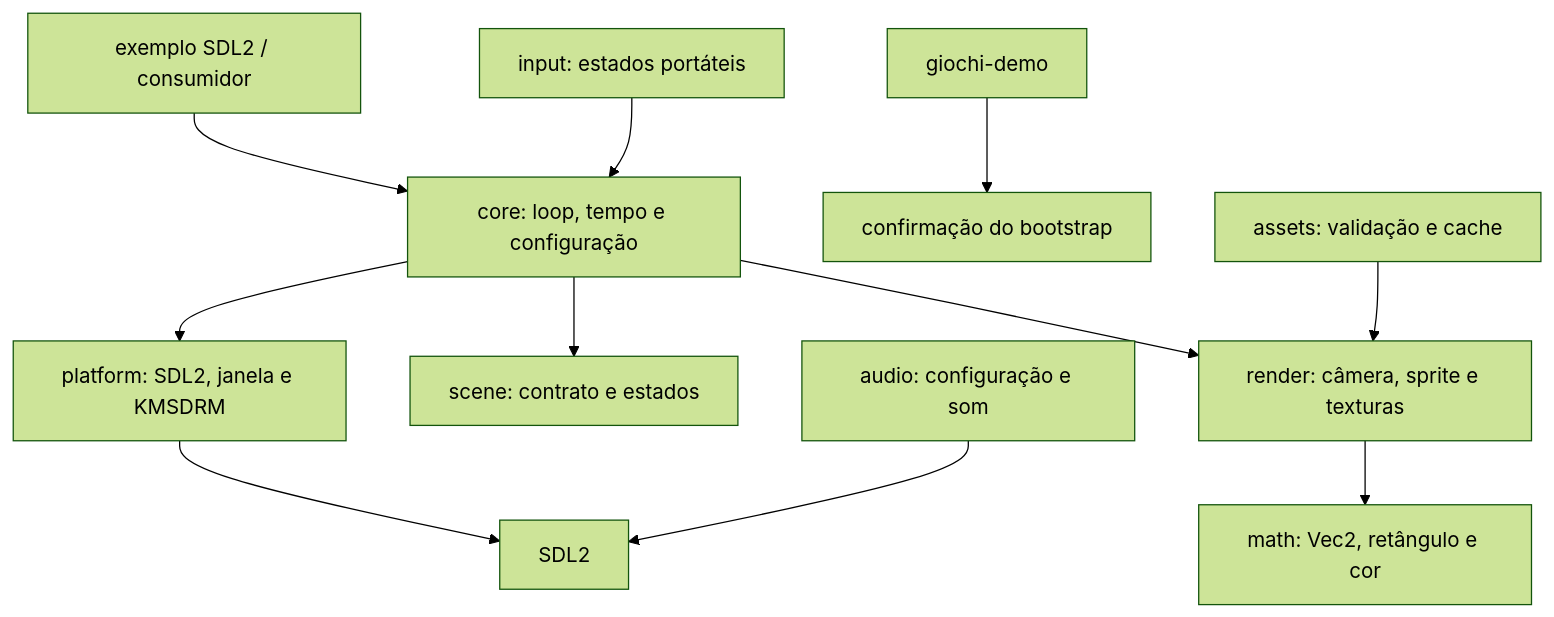
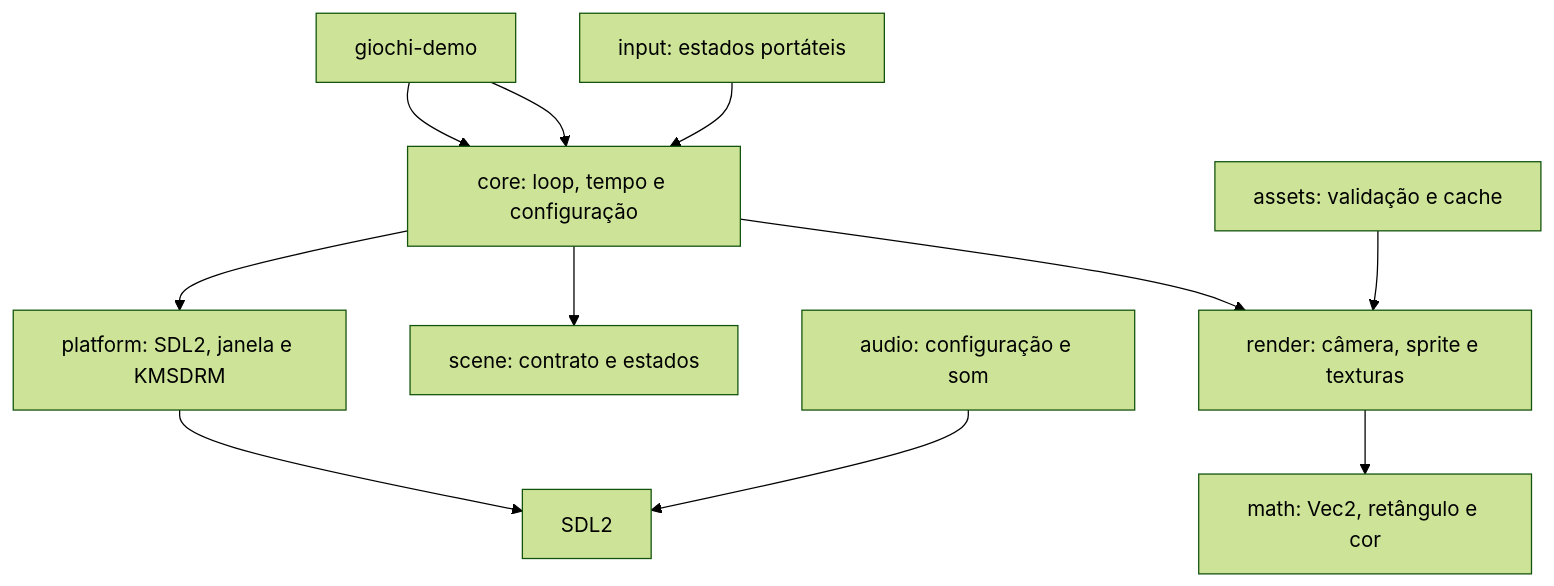
The diagram in docs/ARCHITECTURE.md (xtrempkch-droid/GIOCHI-ENGINE), drawn with Mermaid (forest theme) before and after one commit. The commit also changed other lines of this file and 14 other files, not shown here.

````diff
--- a/docs/ARCHITECTURE.md
+++ b/docs/ARCHITECTURE.md
@@ -5,13 +5,13 @@
 ```mermaid
 flowchart TD
     Demo[exemplo SDL2 / consumidor] --> Core[core: loop, tempo e configuração]
-    Bootstrap[giochi-demo] --> BootstrapMessage[confirmação do bootstrap]
+    Demo[giochi-demo] --> Core
     Core --> Platform[platform: SDL2, janela e KMSDRM]
     Platform --> SDL[SDL2]
     Core --> Scene[scene: contrato e estados]
     Core --> Render[render: câmera, sprite e texturas]
     Render --> Math[math: Vec2, retângulo e cor]
     Assets[assets: validação e cache] --> Render
     Audio[audio: configuração e som] --> SDL
     Input[input: estados portáteis] --> Core
 ```
````
